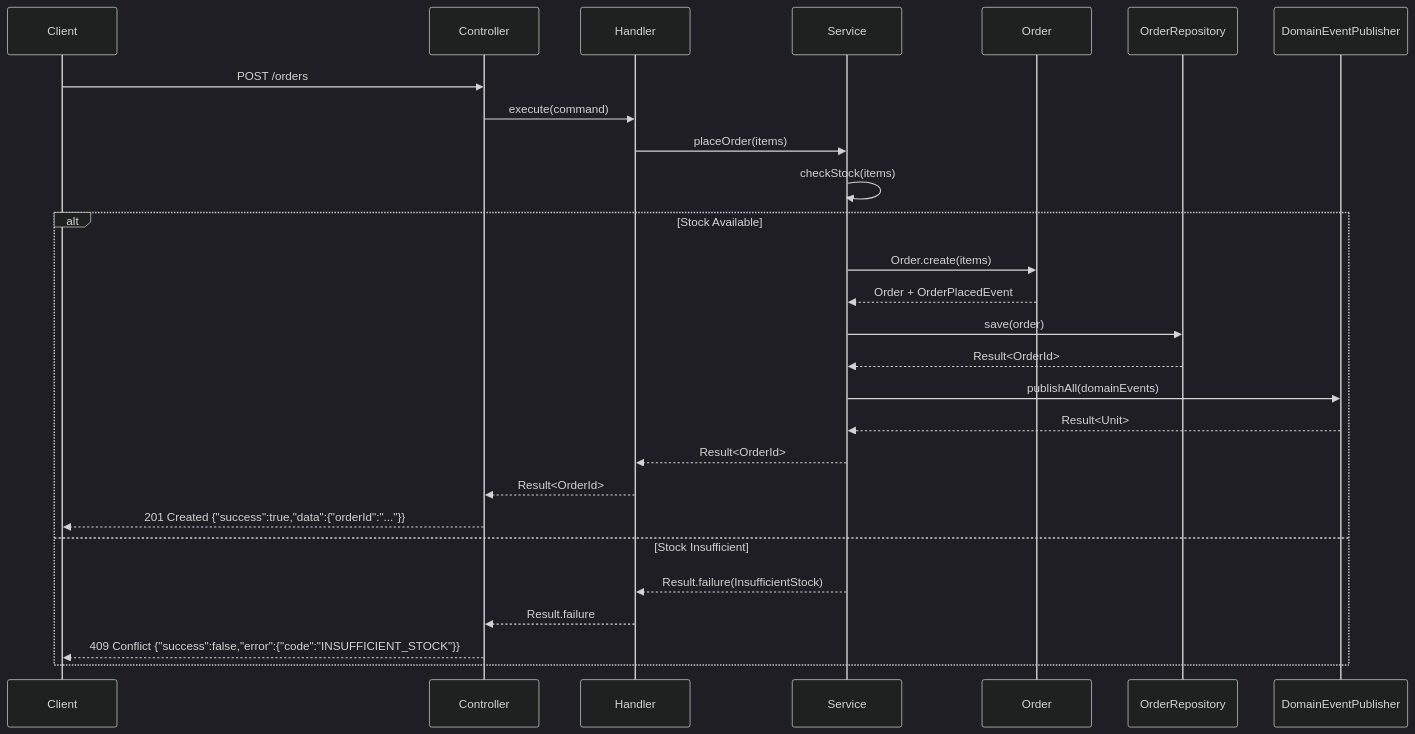
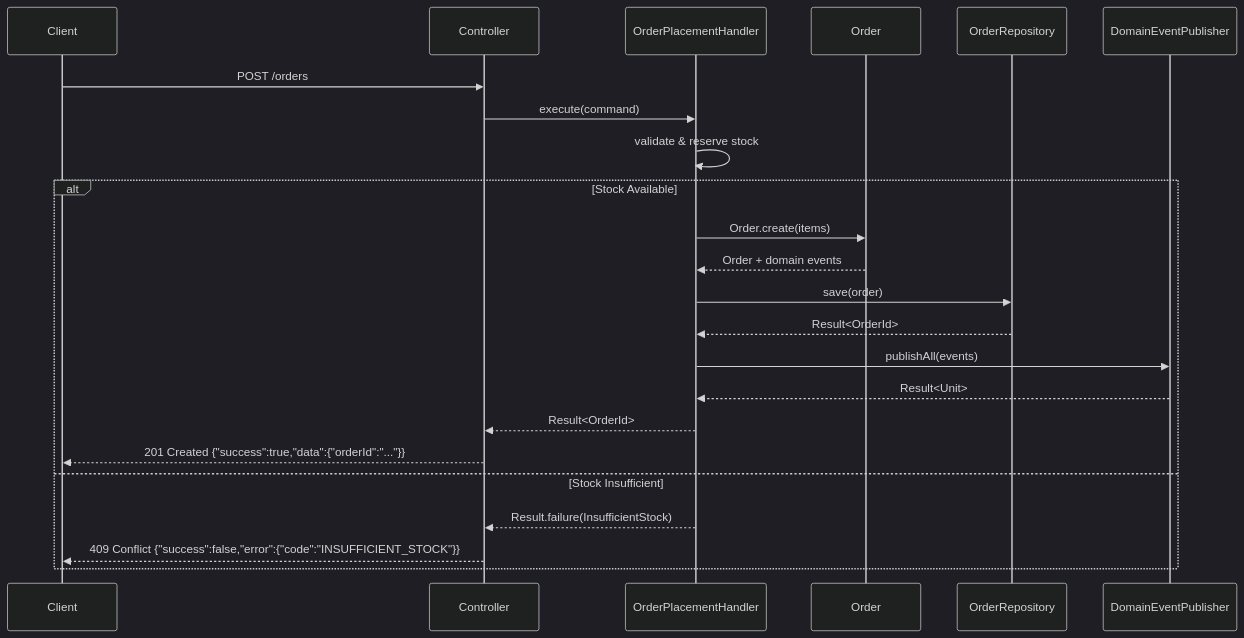
Before and after one commit to windyboy/order-demo: the second of 2 diagrams in ARCHITECTURE.md, drawn with Mermaid (dark theme). The commit also changed other lines of this file and 11 other files, not shown here.

Commit message:
Refactor order placement use case pipeline

````diff
--- a/ARCHITECTURE.md
+++ b/ARCHITECTURE.md
@@ -145,31 +142,27 @@
 ```mermaid
 sequenceDiagram
     participant Client
     participant Controller
-    participant Handler
-    participant Service
+    participant UseCase as OrderPlacementHandler
     participant Domain as Order
     participant Repo as OrderRepository
     participant EventPub as DomainEventPublisher
-    
+
     Client->>Controller: POST /orders
-    Controller->>Handler: execute(command)
-    Handler->>Service: placeOrder(items)
-    
-    Service->>Service: checkStock(items)
+    Controller->>UseCase: execute(command)
+
+    UseCase->>UseCase: validate & reserve stock
     alt Stock Available
-        Service->>Domain: Order.create(items)
-        Domain-->>Service: Order + OrderPlacedEvent
-        Service->>Repo: save(order)
-        Repo-->>Service: Result<OrderId>
-        Service->>EventPub: publishAll(domainEvents)
-        EventPub-->>Service: Result<Unit>
-        Service-->>Handler: Result<OrderId>
-        Handler-->>Controller: Result<OrderId>
+        UseCase->>Domain: Order.create(items)
+        Domain-->>UseCase: Order + domain events
+        UseCase->>Repo: save(order)
+        Repo-->>UseCase: Result<OrderId>
+        UseCase->>EventPub: publishAll(events)
+        EventPub-->>UseCase: Result<Unit>
+        UseCase-->>Controller: Result<OrderId>
         Controller-->>Client: 201 Created {"success":true,"data":{"orderId":"..."}}
     else Stock Insufficient
-        Service-->>Handler: Result.failure(InsufficientStock)
-        Handler-->>Controller: Result.failure
+        UseCase-->>Controller: Result.failure(InsufficientStock)
         Controller-->>Client: 409 Conflict {"success":false,"error":{"code":"INSUFFICIENT_STOCK"}}
     end
 ```
````
